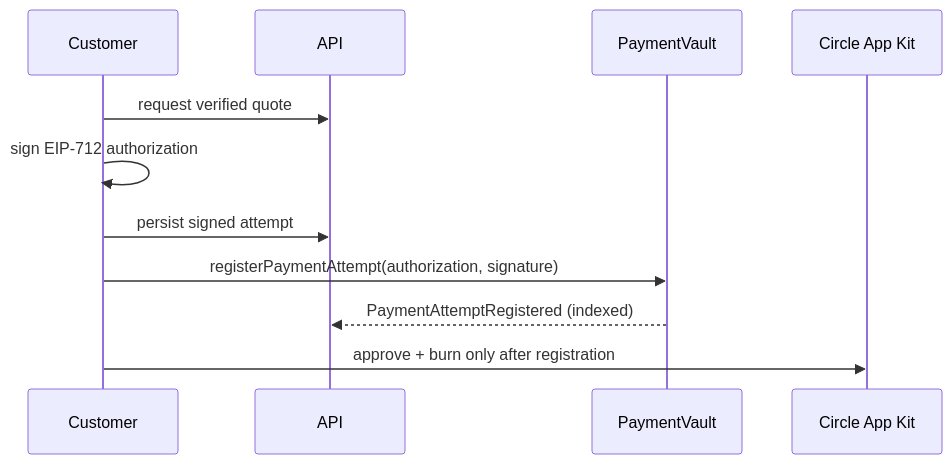
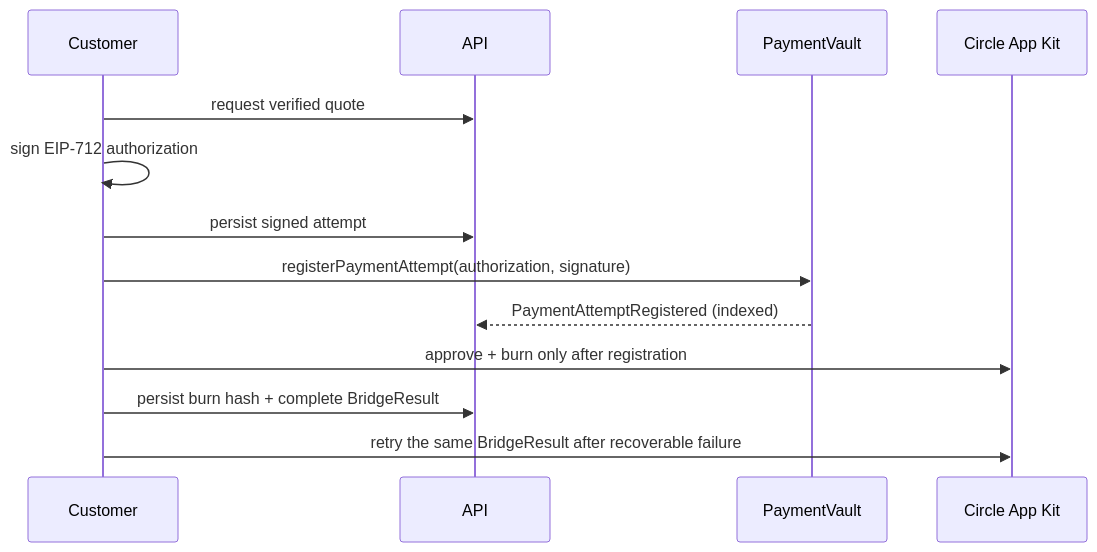
One commit to hitmol/Arc-Crosschain-Checkout changed the third of 4 diagrams in docs/ARCHITECTURE.md. Above: the diagram before and after it, drawn with Mermaid. The commit also changed other lines of this file and 21 other files, not shown here.

````diff
--- a/docs/ARCHITECTURE.md
+++ b/docs/ARCHITECTURE.md
@@ -47,13 +47,15 @@
 ```mermaid
 sequenceDiagram
   participant C as Customer
   participant A as API
   participant V as PaymentVault
   participant P as Circle App Kit
   C->>A: request verified quote
   C->>C: sign EIP-712 authorization
   C->>A: persist signed attempt
   C->>V: registerPaymentAttempt(authorization, signature)
   V-->>A: PaymentAttemptRegistered (indexed)
   C->>P: approve + burn only after registration
+  C->>A: persist burn hash + complete BridgeResult
+  C->>P: retry the same BridgeResult after recoverable failure
 ```
````
